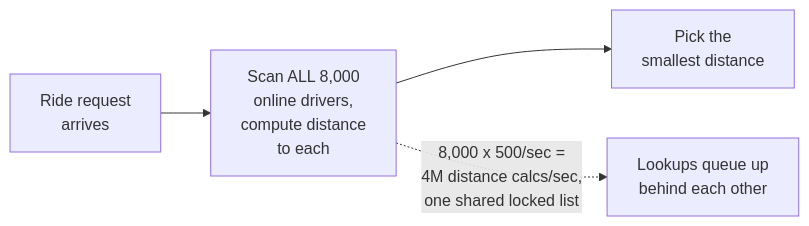
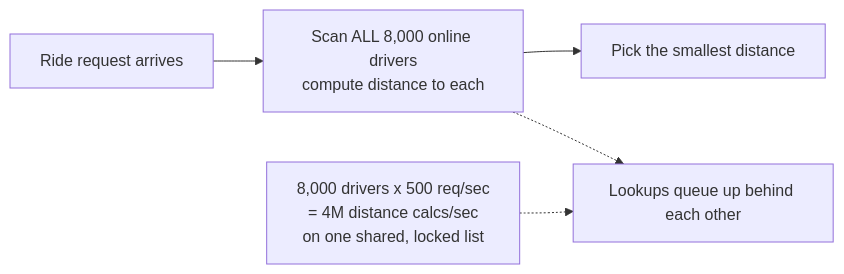
The first of 11 diagrams in system-design/HLD/0-course/62-Design-Ubers-Driver-Dispatch-System-FAANG-Guide-story.md (riyaz-pasha/Learnings), drawn with Mermaid before and after one commit. The commit also changed other lines of this file and 1 other file, not shown here.

Commit message:
[REWRITE] Uber Driver Dispatch System story guide: simplify prose, add structure, fix diagrams

````diff
--- a/system-design/HLD/0-course/62-Design-Ubers-Driver-Dispatch-System-FAANG-Guide-story.md
+++ b/system-design/HLD/0-course/62-Design-Ubers-Driver-Dispatch-System-FAANG-Guide-story.md
@@ -46,14 +72,8 @@
 ```mermaid
 flowchart LR
-    R["Ride request
-    arrives"] --> S["Scan ALL 8,000
-    online drivers,
-    compute distance
-    to each"]
-    S --> P["Pick the
-    smallest distance"]
-    S -.->|"8,000 x 500/sec =
-    4M distance calcs/sec,
-    one shared locked list"| Slow["Lookups queue up
-    behind each other"]
+    R["Ride request arrives"] --> S["Scan ALL 8,000 online drivers<br/>compute distance to each"]
+    S --> P["Pick the smallest distance"]
+    S -.-> Slow["Lookups queue up behind each other"]
+
+    Slow2["8,000 drivers x 500 req/sec<br/>= 4M distance calcs/sec<br/>on one shared, locked list"] -.-> Slow
 ```
````
